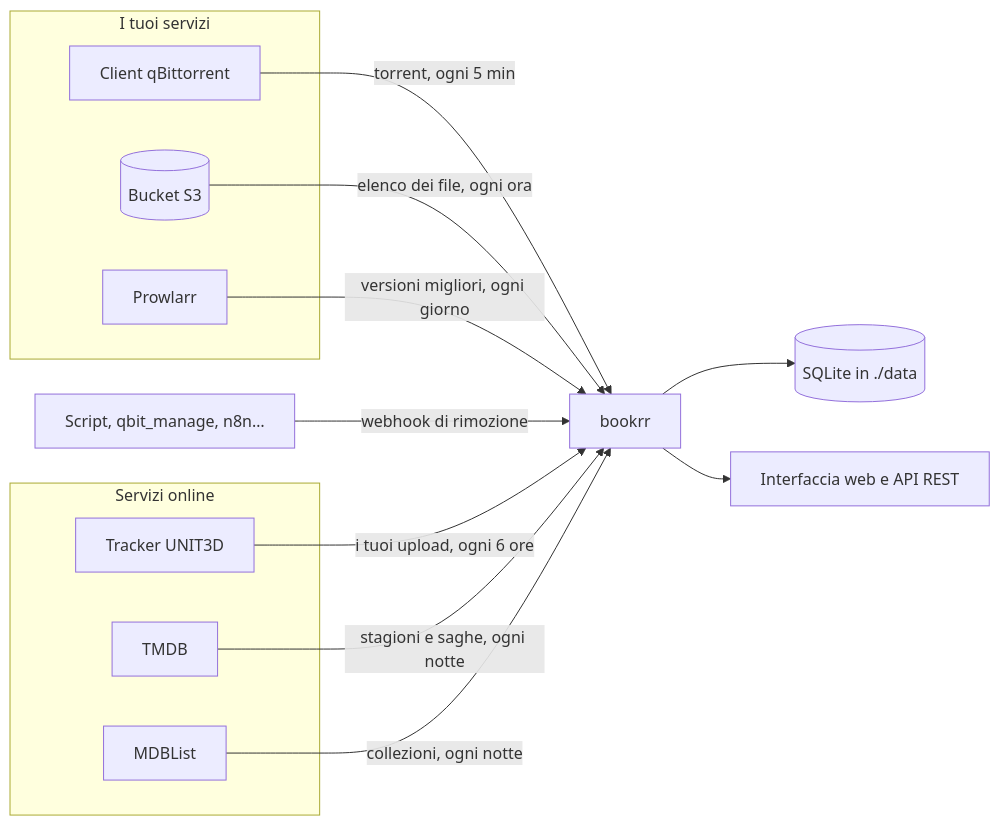
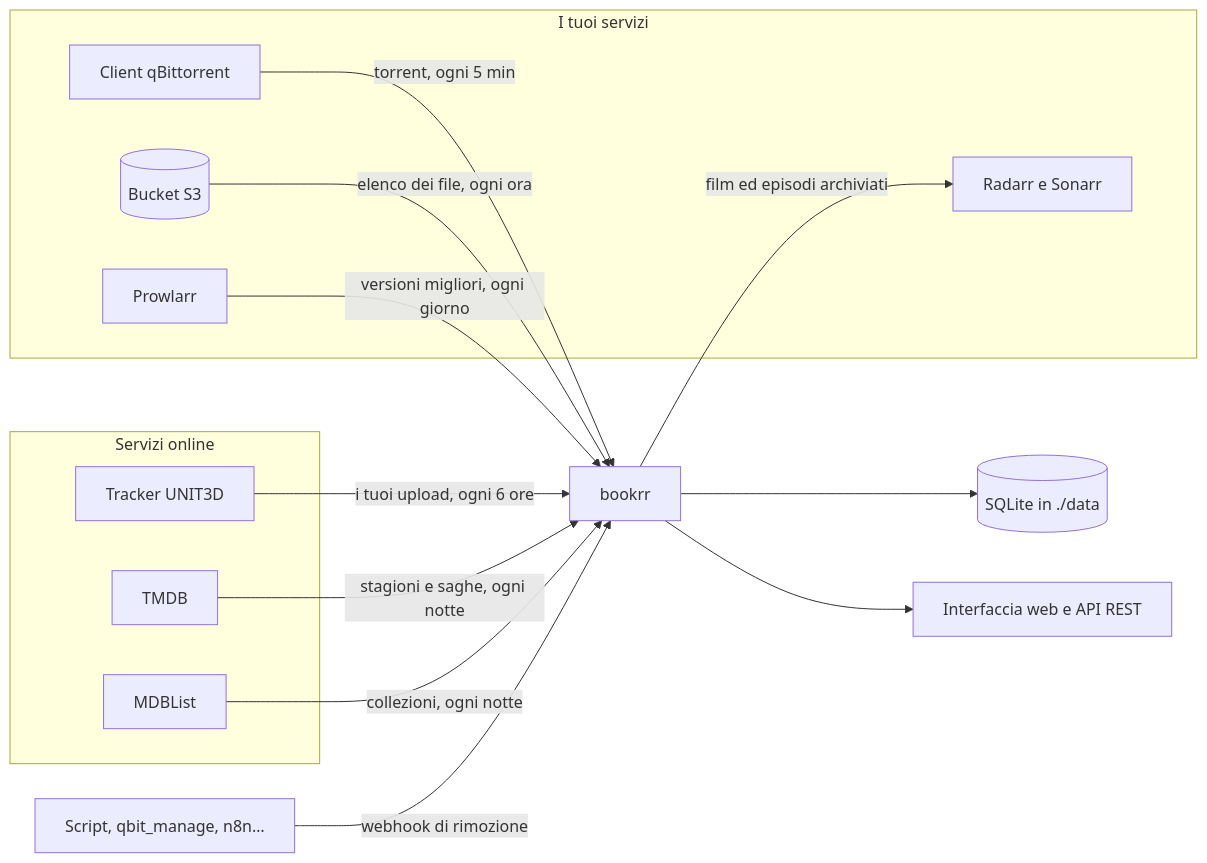
Before and after one commit to TehMaat/bookrr: the diagram in README.it.md, drawn with Mermaid. The commit also changed other lines of this file and 32 other files, not shown here.

First line of the commit message:
Disks: read a listing, archive and remove from clients, Radarr, Sonarr (0.38.0)

````diff
--- a/README.it.md
+++ b/README.it.md
@@ -36,22 +36,24 @@
 ```mermaid
 flowchart LR
   subgraph you[I tuoi servizi]
     QB[Client qBittorrent]
     S3[(Bucket S3)]
     PR[Prowlarr]
+    AR[Radarr e Sonarr]
   end
   subgraph web[Servizi online]
     U3[Tracker UNIT3D]
     TM[TMDB]
     MD[MDBList]
   end
   QB -- torrent, ogni 5 min --> B
   S3 -- elenco dei file, ogni ora --> B
   U3 -- i tuoi upload, ogni 6 ore --> B
   TM -- stagioni e saghe, ogni notte --> B
   MD -- collezioni, ogni notte --> B
   PR -- versioni migliori, ogni giorno --> B
+  B -- film ed episodi archiviati --> AR
   B[bookrr] --> DB[(SQLite in ./data)]
   B --> UI[Interfaccia web e API REST]
   WH[Script, qbit_manage, n8n…] -- webhook di rimozione --> B
 ```
````
